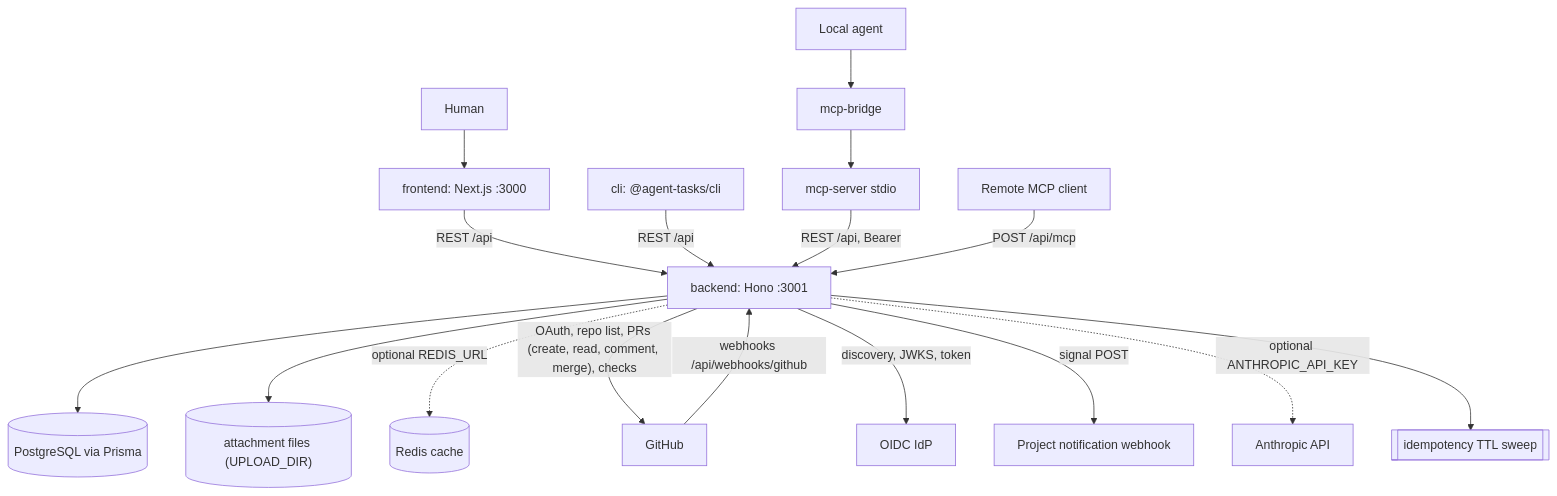
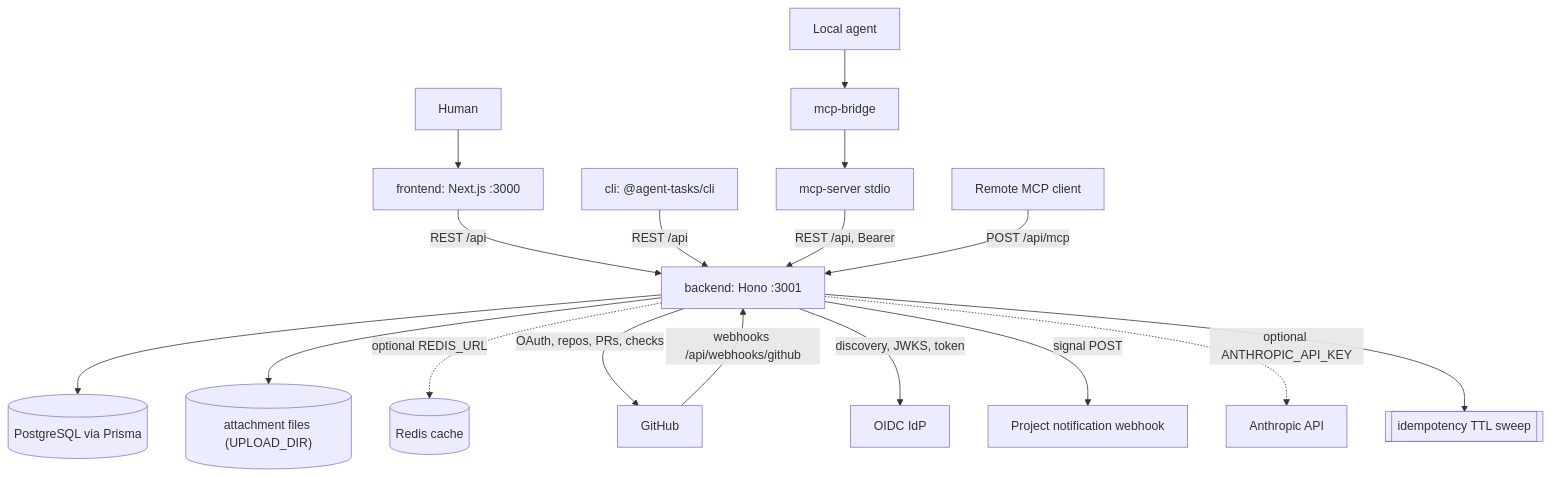
One commit to LanNguyenSi/agent-tasks changed the diagram in docs/architecture.md. Above: the diagram before and after it, drawn with Mermaid. The commit also changed 6 other files, not shown here.

````diff
--- a/docs/architecture.md
+++ b/docs/architecture.md
@@ -32,19 +32,19 @@
 ```mermaid
 flowchart TD
     Human[Human] --> FE["frontend: Next.js :3000"]
     FE -->|"REST /api"| BE["backend: Hono :3001"]
     CLI["cli: @agent-tasks/cli"] -->|"REST /api"| BE
     Agent[Local agent] --> Bridge[mcp-bridge]
     Bridge --> MCP[mcp-server stdio]
     MCP -->|"REST /api, Bearer"| BE
     Remote[Remote MCP client] -->|"POST /api/mcp"| BE
     BE --> PG[("PostgreSQL via Prisma")]
     BE --> Uploads[("attachment files (UPLOAD_DIR)")]
     BE -.->|optional REDIS_URL| Redis[(Redis cache)]
     GH[GitHub] -->|"webhooks /api/webhooks/github"| BE
-    BE -->|"OAuth, repo list, PRs (create, read, comment, merge), checks"| GH
+    BE -->|"OAuth, repos, PRs, checks"| GH
     BE -->|"discovery, JWKS, token"| IdP[OIDC IdP]
     BE -->|signal POST| Hook[Project notification webhook]
     BE -.->|optional ANTHROPIC_API_KEY| LLM[Anthropic API]
     BE --> Sweep[[idempotency TTL sweep]]
 ```
````
